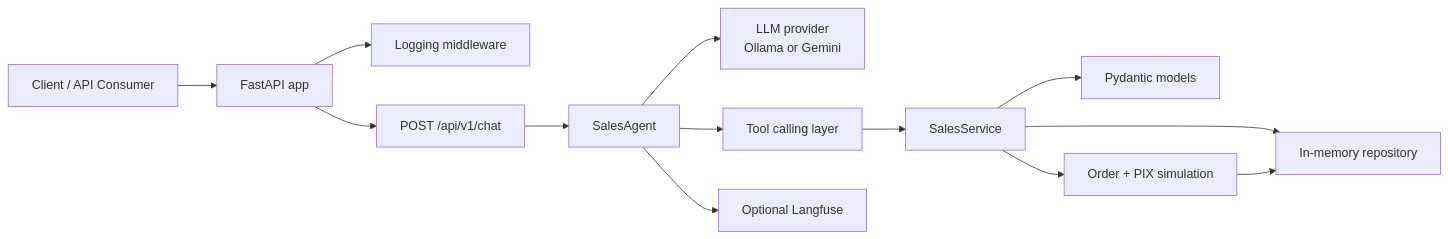
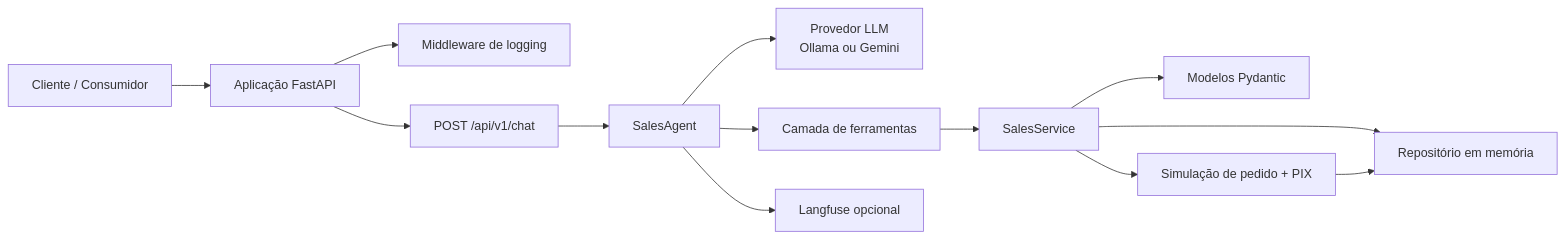
One commit to cayoesn/llm-sales-agent changed the diagram in README.md. Above: the diagram before and after it, drawn with Mermaid. The commit also changed other lines of this file and 8 other files, not shown here.

````diff
--- a/README.md
+++ b/README.md
@@ -16,15 +16,15 @@
 ```mermaid
 flowchart LR
-    Client[Client / API Consumer] --> API[FastAPI app]
-    API --> MW[Logging middleware]
-    API --> Route[POST /api/v1/chat]
-    Route --> Agent[SalesAgent]
-    Agent --> Provider[LLM provider<br/>Ollama or Gemini]
-    Agent --> Tools[Tool calling layer]
-    Tools --> Service[SalesService]
-    Service --> Repo[In-memory repository]
-    Service --> Models[Pydantic models]
-    Agent --> Telemetry[Optional Langfuse]
-    Service --> Checkout[Order + PIX simulation]
+    Cliente[Cliente / Consumidor] --> API[Aplicação FastAPI]
+    API --> MW[Middleware de logging]
+    API --> Rota[POST /api/v1/chat]
+    Rota --> Agente[SalesAgent]
+    Agente --> Provedor[Provedor LLM<br/>Ollama ou Gemini]
+    Agente --> Ferramentas[Camada de ferramentas]
+    Ferramentas --> Serviço[SalesService]
+    Serviço --> Repo[Repositório em memória]
+    Serviço --> Modelos[Modelos Pydantic]
+    Agente --> Telemetria[Langfuse opcional]
+    Serviço --> Checkout[Simulação de pedido + PIX]
     Checkout --> Repo
 ```
````
